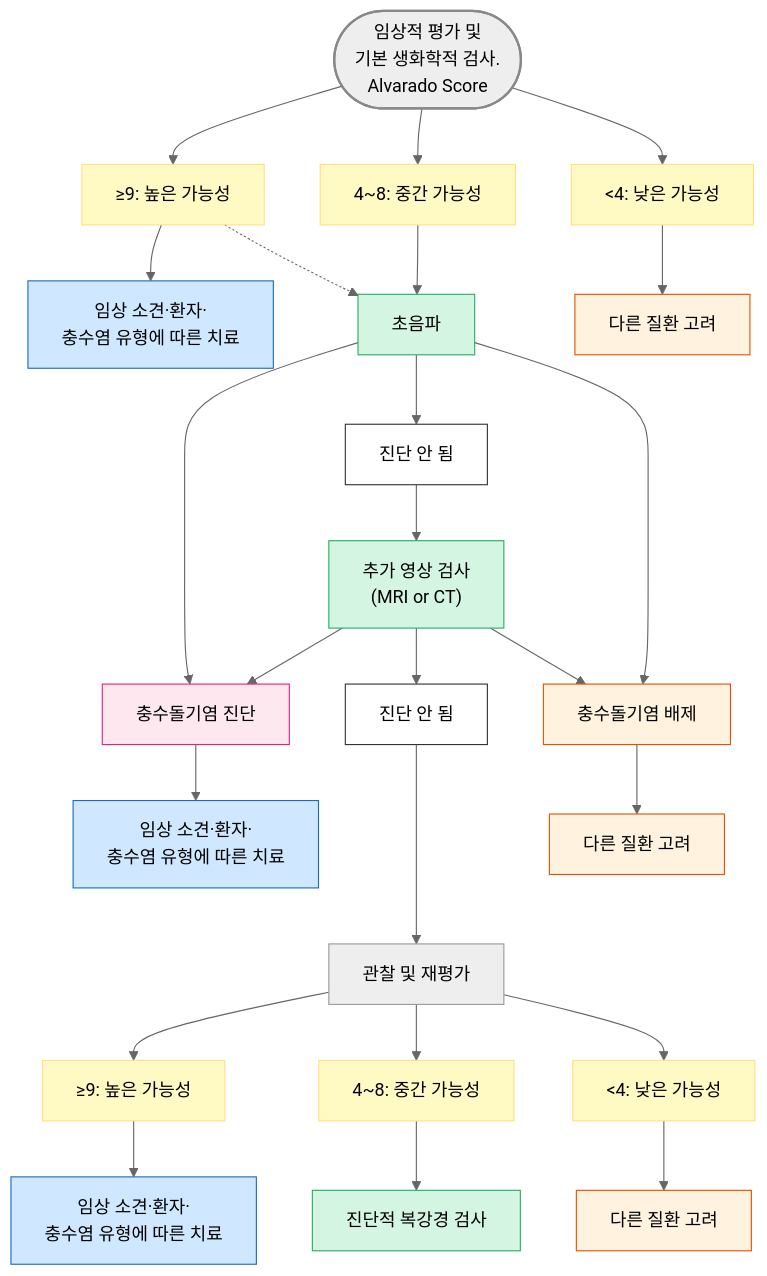
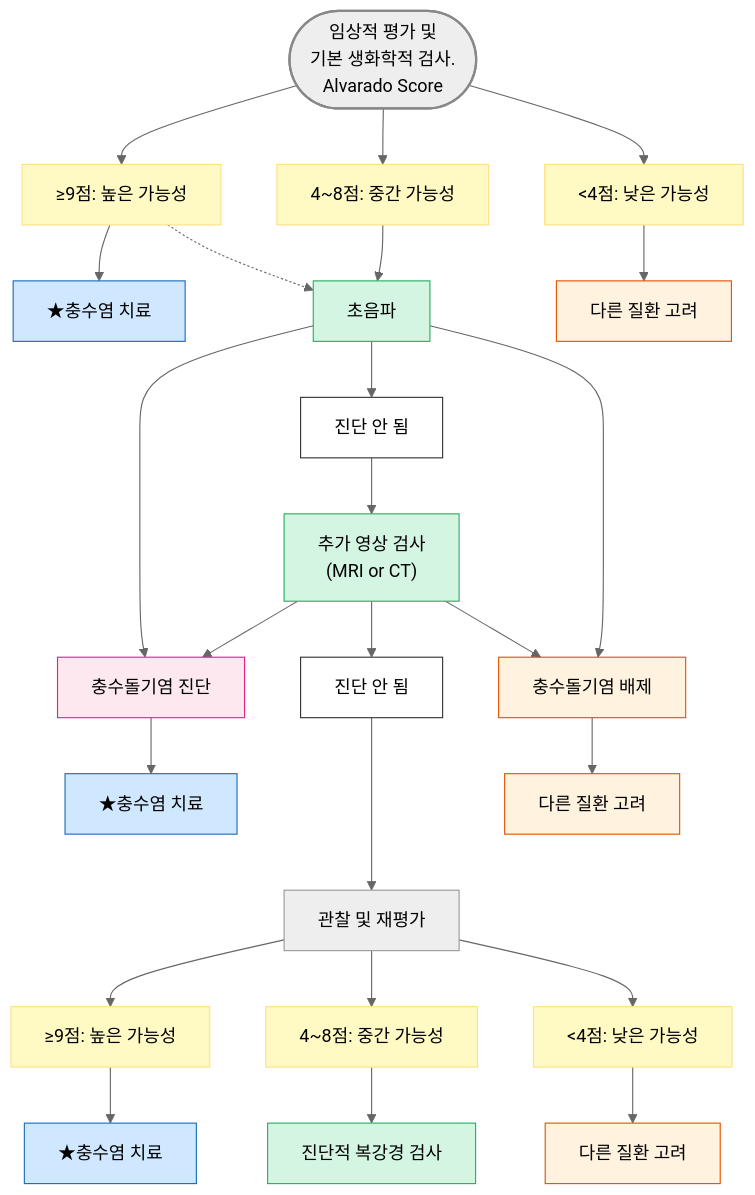
Before and after one commit to familyoh77/familyoh77: the diagram in 224_/088_-acute-appendicitis.md, drawn with Mermaid (neutral theme). The commit also changed other lines of this file, not shown here.

````diff
--- a/224_/088_-acute-appendicitis.md
+++ b/224_/088_-acute-appendicitis.md
@@ -188,54 +125,54 @@
 ```mermaid
 graph TD
 
 B(["임상적 평가 및 <br/>기본 생화학적 검사.<br/>Alvarado Score"])
-C0["≥9: 높은 가능성"]
-C1["4~8: 중간 가능성"]
-C2["<4: 낮은 가능성"]
+C0["≥9점: 높은 가능성"]
+C1["4~8점: 중간 가능성"]
+C2["<4점: 낮은 가능성"]
 D["초음파"]
 D1["충수돌기염 진단"]
 D2["충수돌기염 배제"]
 E["진단 안 됨"]
 F["추가 영상 검사<br/>(MRI or CT)"]
 G["진단 안 됨"]
 H["관찰 및 재평가"]
-J0["≥9: 높은 가능성"]
-J1["4~8: 중간 가능성"]
-J2["<4: 낮은 가능성"]
+J0["≥9점: 높은 가능성"]
+J1["4~8점: 중간 가능성"]
+J2["<4점: 낮은 가능성"]
 K["진단적 복강경 검사"]
-L0["임상 소견·환자·<br/>충수염 유형에 따른 치료"]
-L1["임상 소견·환자·<br/>충수염 유형에 따른 치료"]
-L2["임상 소견·환자·<br/>충수염 유형에 따른 치료"]
+L0["★충수염 치료"]
+L1["★충수염 치료"]
+L2["★충수염 치료"]
 M0["다른 질환 고려"]
 M1["다른 질환 고려"]
 M2["다른 질환 고려"]
 
 B --> C0 --> L1
 B --> C1 --> D
 B --> C2 --> M1
 C0 -.-> D
 D --> D1
 F --> D1
 D1 --> L0
 D --> E --> F --> G ---> H
 D --> D2
 F --> D2
 D2 --> M0
 H --> J0 --> L2
 H --> J1 --> K
 H --> J2 --> M2
 
 style B fill:#eeeeee,stroke:#888888,stroke-width:2px
  classDef blue fill:#d0e8ff,stroke:#1a6abf
 class L0,L1,L2 blue
 classDef orange50 fill:#fff3e0,stroke:#e65100
 class M0,M1,M2,D2 orange50
 classDef pink fill:#fde8f0,stroke:#e91e8c
 class D1 pink
 classDef green fill:#d5f5e3,stroke:#27ae60
 class B,K,D,F green
 classDef yellow fill:#fff9c4,stroke:#ffe082
 class C0,C1,C2,J0,J1,J2 yellow
 classDef white fill:#fff,stroke:#333
 class E,G white
 ```
````
